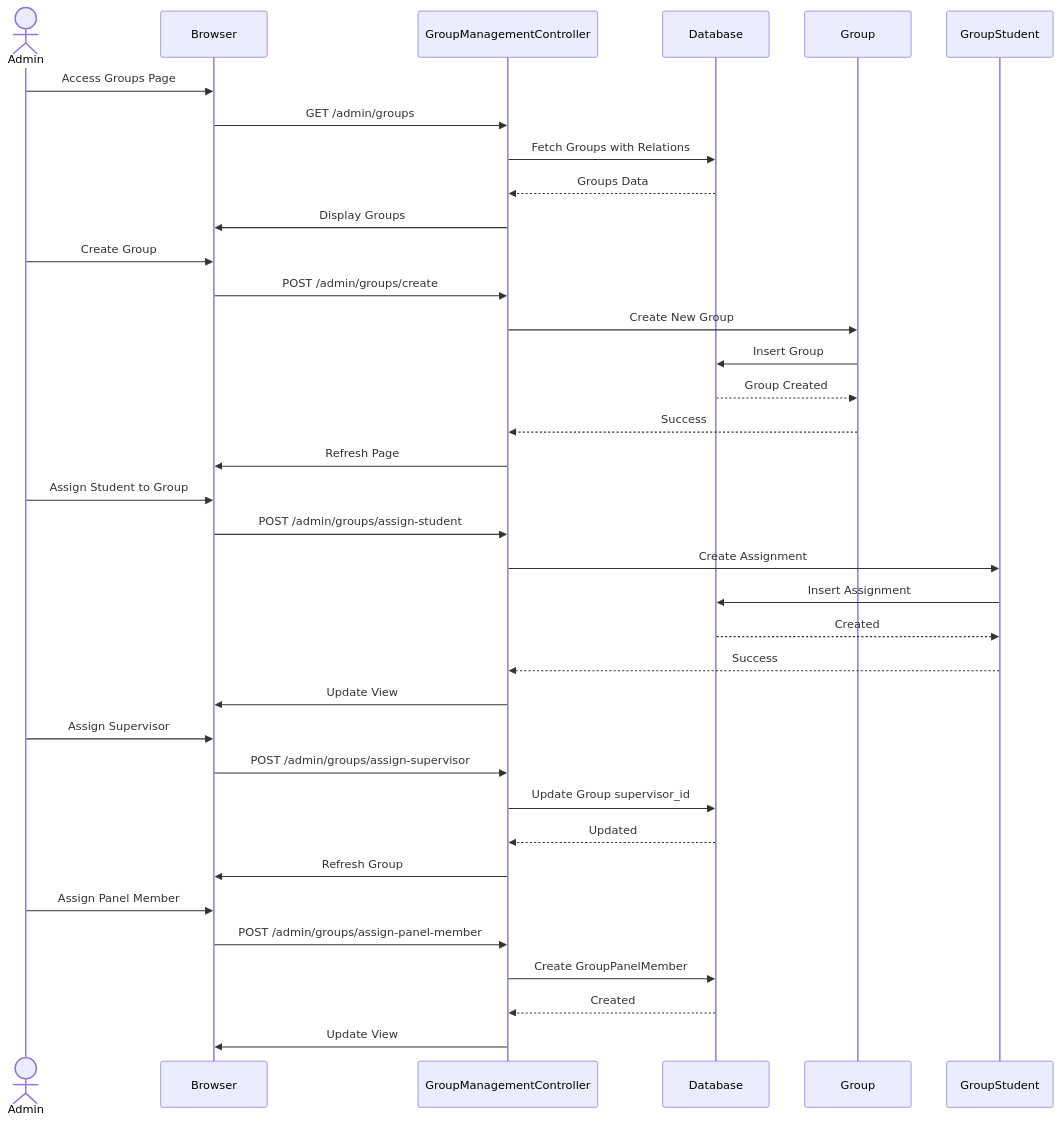
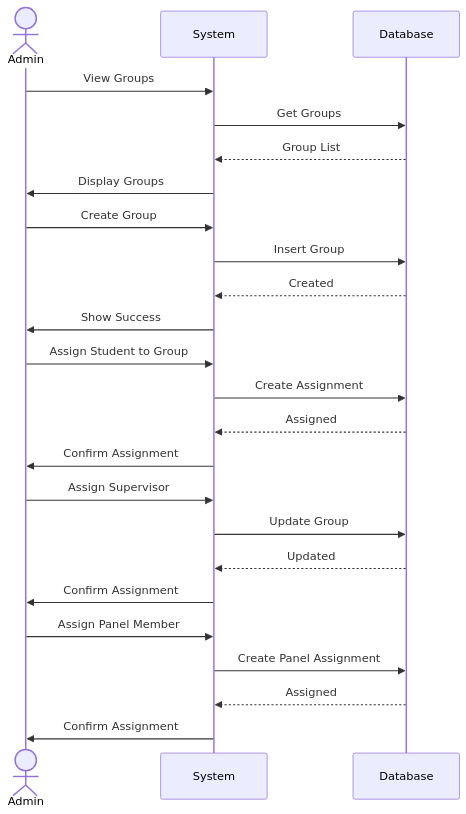
Before and after one commit to abdullah2323442/thesisrepo-backup: the fifth of 19 diagrams in documentation/sequence-diagrams.md, drawn with Mermaid. The commit also changed other lines of this file, not shown here.

````diff
--- a/documentation/sequence-diagrams.md
+++ b/documentation/sequence-diagrams.md
@@ -191,43 +128,31 @@
 ```mermaid
 sequenceDiagram
     actor Admin
-    participant Browser
-    participant GroupManagementController
+    participant System
     participant Database
-    participant Group
-    participant GroupStudent
 
-    Admin->>Browser: Access Groups Page
-    Browser->>GroupManagementController: GET /admin/groups
-    GroupManagementController->>Database: Fetch Groups with Relations
-    Database-->>GroupManagementController: Groups Data
-    GroupManagementController->>Browser: Display Groups
+    Admin->>System: View Groups
+    System->>Database: Get Groups
+    Database-->>System: Group List
+    System->>Admin: Display Groups
     
-    Admin->>Browser: Create Group
-    Browser->>GroupManagementController: POST /admin/groups/create
-    GroupManagementController->>Group: Create New Group
-    Group->>Database: Insert Group
-    Database-->>Group: Group Created
-    Group-->>GroupManagementController: Success
-    GroupManagementController->>Browser: Refresh Page
+    Admin->>System: Create Group
+    System->>Database: Insert Group
+    Database-->>System: Created
+    System->>Admin: Show Success
     
-    Admin->>Browser: Assign Student to Group
-    Browser->>GroupManagementController: POST /admin/groups/assign-student
-    GroupManagementController->>GroupStudent: Create Assignment
-    GroupStudent->>Database: Insert Assignment
-    Database-->>GroupStudent: Created
-    GroupStudent-->>GroupManagementController: Success
-    GroupManagementController->>Browser: Update View
+    Admin->>System: Assign Student to Group
+    System->>Database: Create Assignment
+    Database-->>System: Assigned
+    System->>Admin: Confirm Assignment
     
-    Admin->>Browser: Assign Supervisor
-    Browser->>GroupManagementController: POST /admin/groups/assign-supervisor
-    GroupManagementController->>Database: Update Group supervisor_id
-    Database-->>GroupManagementController: Updated
-    GroupManagementController->>Browser: Refresh Group
+    Admin->>System: Assign Supervisor
+    System->>Database: Update Group
+    Database-->>System: Updated
+    System->>Admin: Confirm Assignment
     
-    Admin->>Browser: Assign Panel Member
-    Browser->>GroupManagementController: POST /admin/groups/assign-panel-member
-    GroupManagementController->>Database: Create GroupPanelMember
-    Database-->>GroupManagementController: Created
-    GroupManagementController->>Browser: Update View
+    Admin->>System: Assign Panel Member
+    System->>Database: Create Panel Assignment
+    Database-->>System: Assigned
+    System->>Admin: Confirm Assignment
 ```
````
